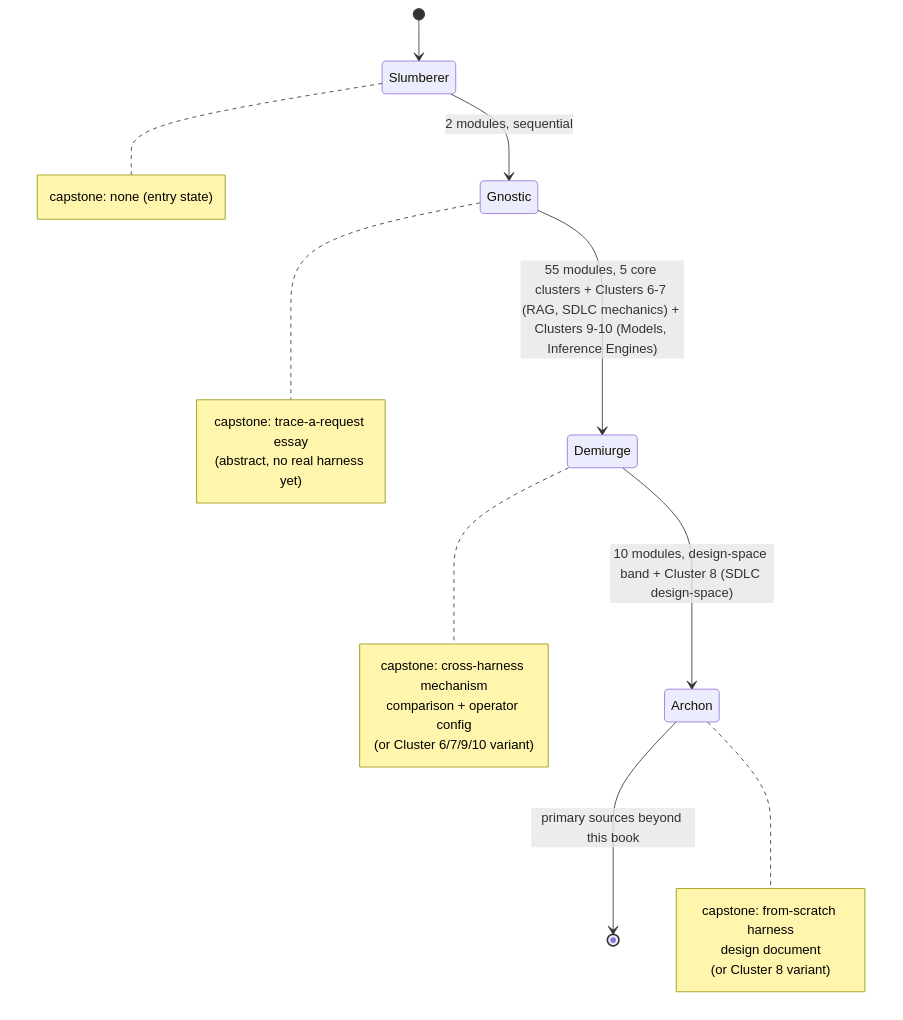
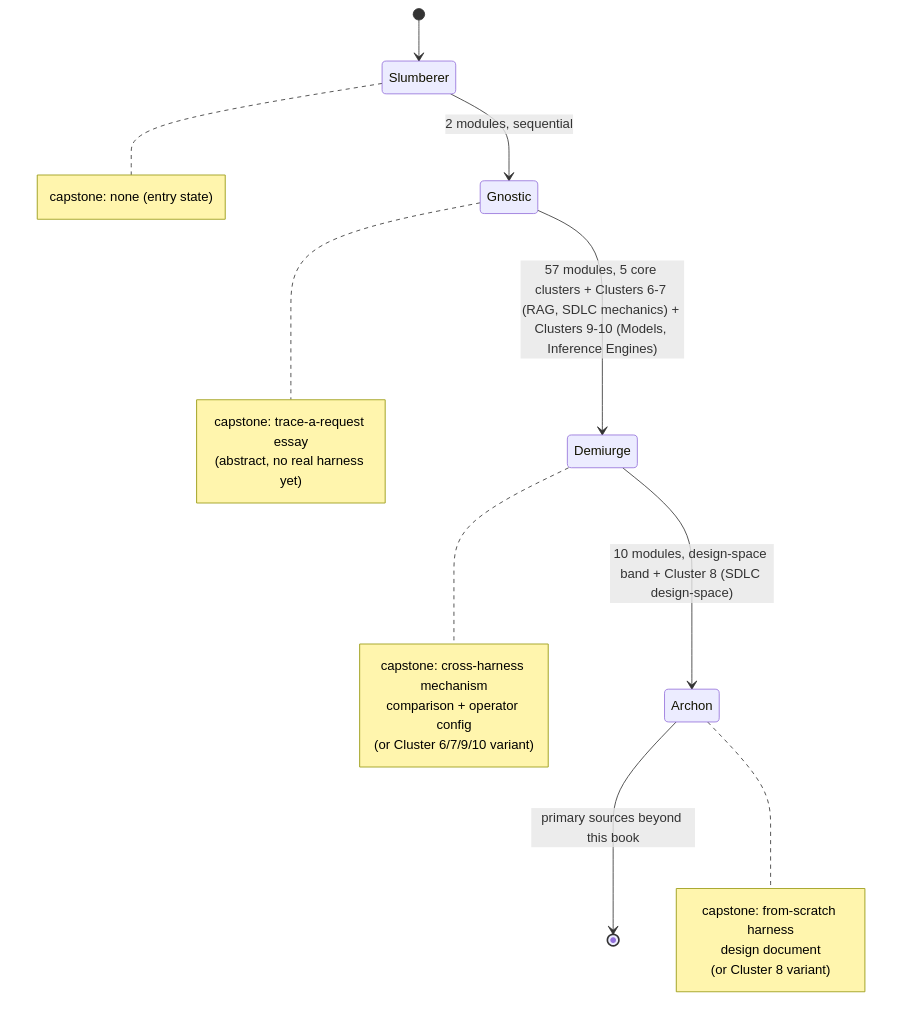
The first of 2 diagrams in resources/airchon-teacher/knowledge-path-curriculum.md (sfernandezplain/AIrchon), drawn with Mermaid before and after one commit. The commit also changed other lines of this file and 9 other files, not shown here.

````diff
--- a/resources/airchon-teacher/knowledge-path-curriculum.md
+++ b/resources/airchon-teacher/knowledge-path-curriculum.md
@@ -94,25 +94,25 @@
 ```mermaid
 stateDiagram-v2
     [*] --> Slumberer
     Slumberer --> Gnostic: 2 modules, sequential
-    Gnostic --> Demiurge: 55 modules, 5 core clusters + Clusters 6-7 (RAG, SDLC mechanics) + Clusters 9-10 (Models, Inference Engines)
+    Gnostic --> Demiurge: 57 modules, 5 core clusters + Clusters 6-7 (RAG, SDLC mechanics) + Clusters 9-10 (Models, Inference Engines)
     Demiurge --> Archon: 10 modules, design-space band + Cluster 8 (SDLC design-space)
     Archon --> [*]: primary sources beyond this book
     note right of Slumberer
         capstone: none (entry state)
     end note
     note right of Gnostic
         capstone: trace-a-request essay
         (abstract, no real harness yet)
     end note
     note right of Demiurge
         capstone: cross-harness mechanism
         comparison + operator config
         (or Cluster 6/7/9/10 variant)
     end note
     note right of Archon
         capstone: from-scratch harness
         design document
         (or Cluster 8 variant)
     end note
 ```
````
